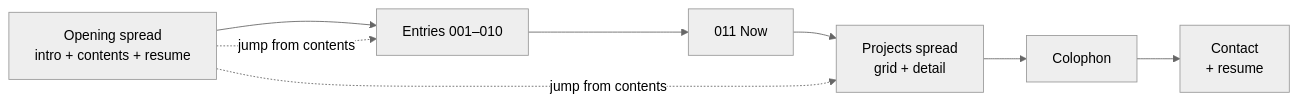
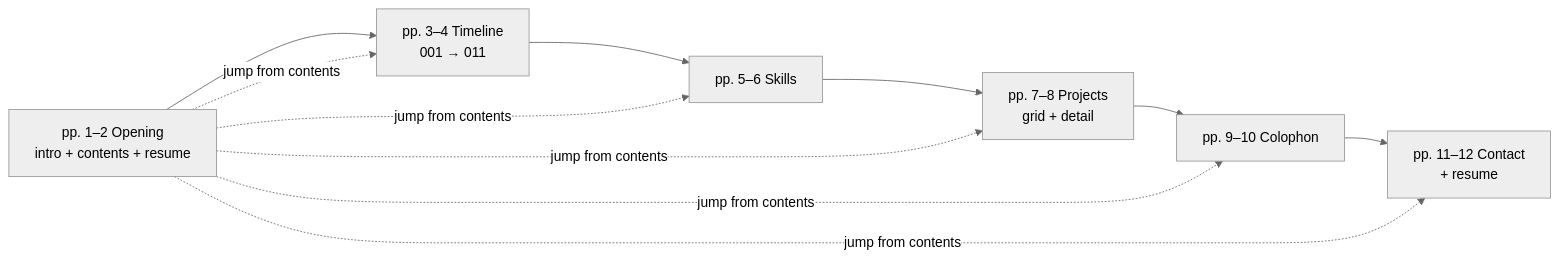
The diagram in docs/BRIEF.md (knp4830/portfolio), drawn with Mermaid (neutral theme) before and after one commit. The commit also changed other lines of this file and 1 other file, not shown here.

````diff
--- a/docs/BRIEF.md
+++ b/docs/BRIEF.md
@@ -89,10 +87,9 @@
 ```mermaid
 flowchart LR
-  A[Opening spread<br/>intro + contents + resume] --> B[Entries 001–010]
-  B --> C[011 Now]
-  C --> D[Projects spread<br/>grid + detail]
-  D --> E[Colophon]
-  E --> F[Contact<br/>+ resume]
-  A -. jump from contents .-> B
-  A -. jump from contents .-> D
+  A[pp. 1–2 Opening<br/>intro + contents + resume] --> B[pp. 3–4 Timeline<br/>001 → 011]
+  B --> C[pp. 5–6 Skills]
+  C --> D[pp. 7–8 Projects<br/>grid + detail]
+  D --> E[pp. 9–10 Colophon]
+  E --> F[pp. 11–12 Contact<br/>+ resume]
+  A -. jump from contents .-> B & C & D & E & F
 ```
````
